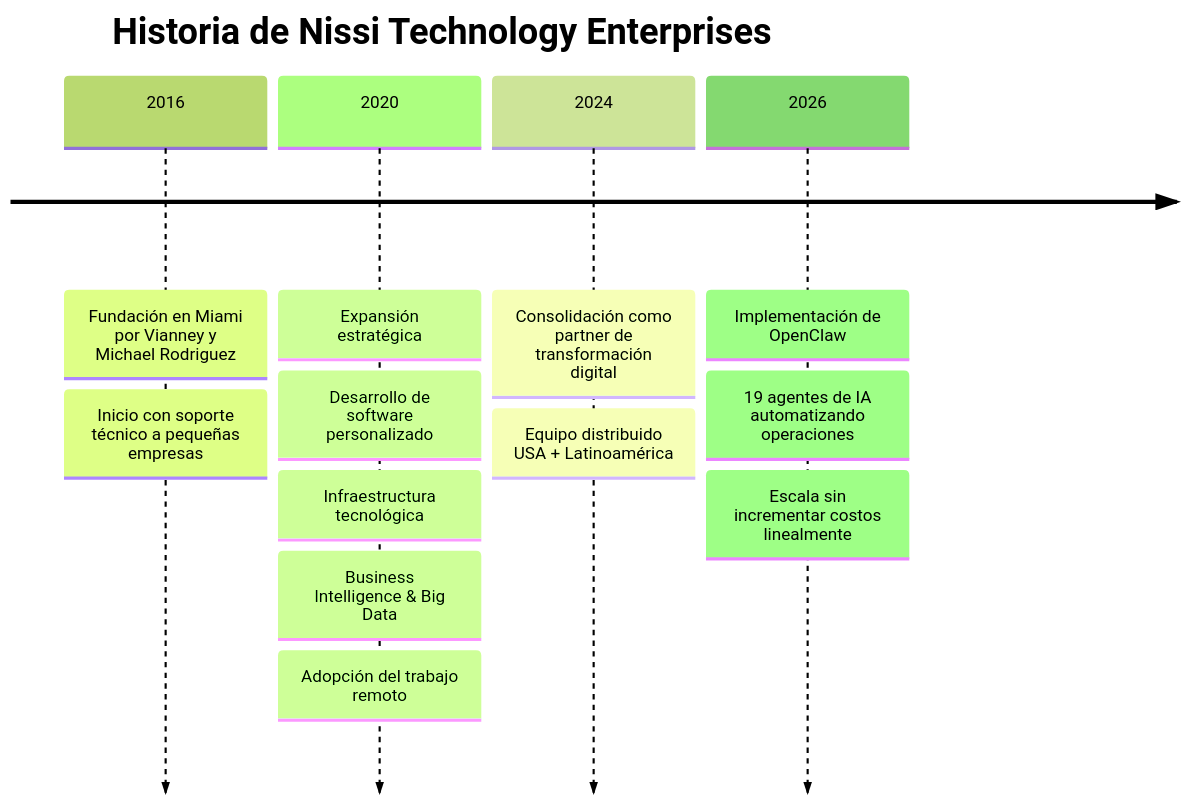
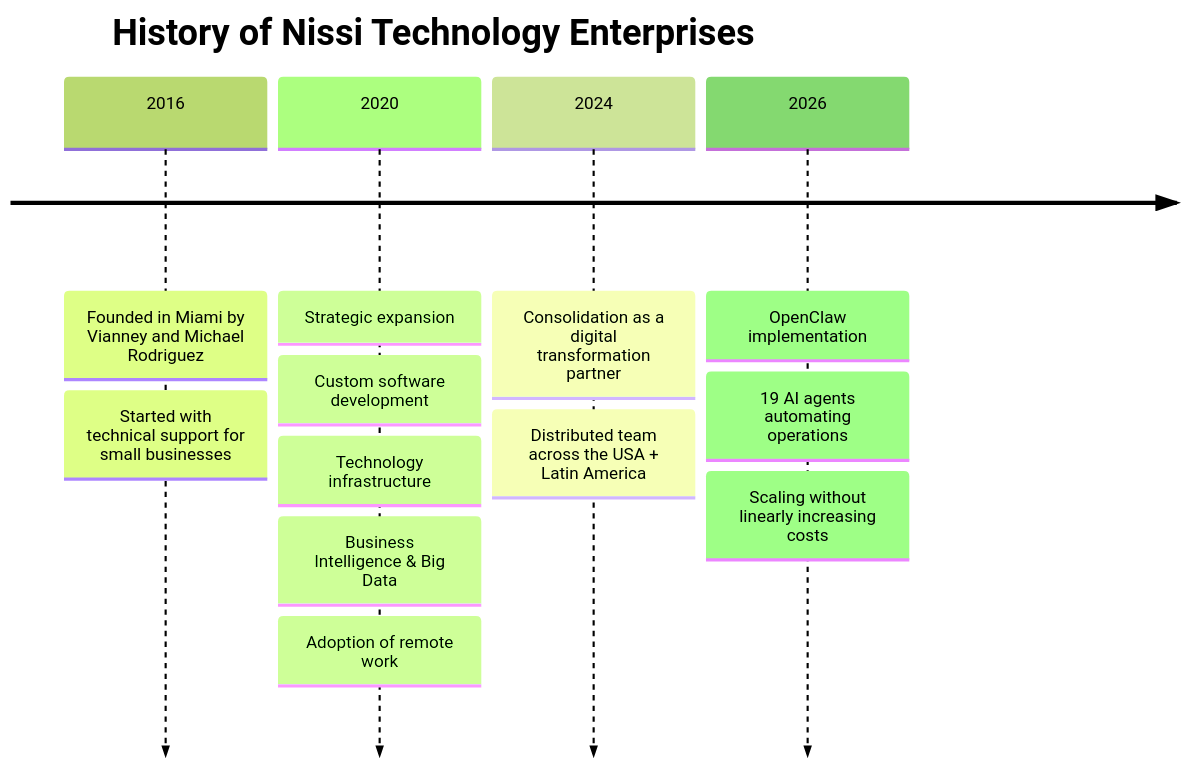
Before and after one commit to nissienterprise/nissi-openclaw-vps: the second of 3 diagrams in documentation/01-company/mission-vision-values.md, drawn with Mermaid (forest theme). The commit also changed other lines of this file and 46 other files, not shown here.

````diff
--- a/documentation/01-company/mission-vision-values.md
+++ b/documentation/01-company/mission-vision-values.md
@@ -78,16 +78,16 @@
 ```mermaid
 timeline
-    title Historia de Nissi Technology Enterprises
-    2016 : Fundación en Miami por Vianney y Michael Rodriguez
-         : Inicio con soporte técnico a pequeñas empresas
-    2020 : Expansión estratégica
-         : Desarrollo de software personalizado
-         : Infraestructura tecnológica
+    title History of Nissi Technology Enterprises
+    2016 : Founded in Miami by Vianney and Michael Rodriguez
+         : Started with technical support for small businesses
+    2020 : Strategic expansion
+         : Custom software development
+         : Technology infrastructure
          : Business Intelligence & Big Data
-         : Adopción del trabajo remoto
-    2024 : Consolidación como partner de transformación digital
-         : Equipo distribuido USA + Latinoamérica
-    2026 : Implementación de OpenClaw
-         : 19 agentes de IA automatizando operaciones
-         : Escala sin incrementar costos linealmente
+         : Adoption of remote work
+    2024 : Consolidation as a digital transformation partner
+         : Distributed team across the USA + Latin America
+    2026 : OpenClaw implementation
+         : 19 AI agents automating operations
+         : Scaling without linearly increasing costs
 ```
````
